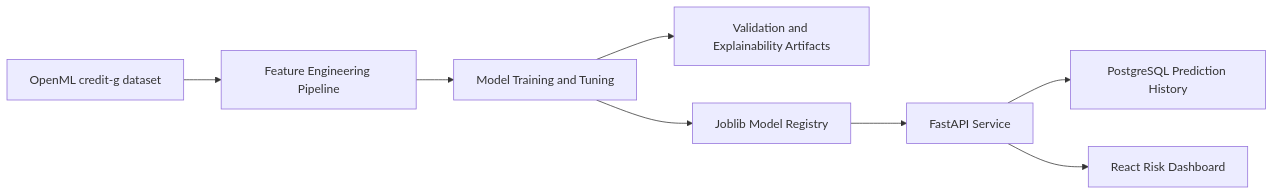
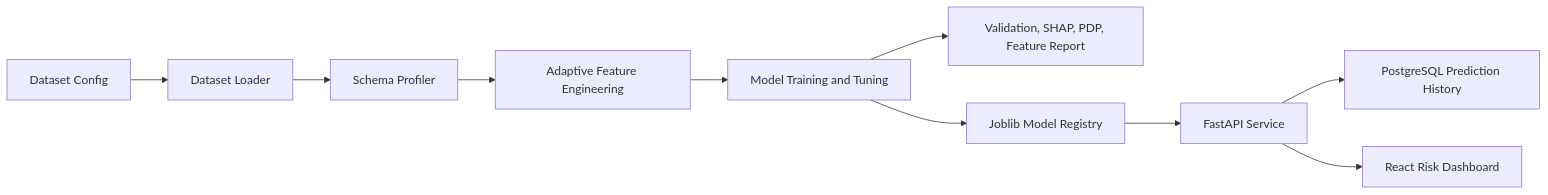
The diagram in README.md (AgrmRana/Credit-Risk), drawn with Mermaid before and after one commit. The commit also changed other lines of this file and 23 other files, not shown here.

Commit message:
Refactor feature pipeline for configurable datasets

````diff
--- a/README.md
+++ b/README.md
@@ -11,10 +11,12 @@
 ```mermaid
 flowchart LR
-    A["OpenML credit-g dataset"] --> B["Feature Engineering Pipeline"]
-    B --> C["Model Training and Tuning"]
-    C --> D["Validation and Explainability Artifacts"]
-    C --> E["Joblib Model Registry"]
-    E --> F["FastAPI Service"]
-    F --> G["PostgreSQL Prediction History"]
-    F --> H["React Risk Dashboard"]
+    A["Dataset Config"] --> B["Dataset Loader"]
+    B --> C["Schema Profiler"]
+    C --> D["Adaptive Feature Engineering"]
+    D --> E["Model Training and Tuning"]
+    E --> F["Validation, SHAP, PDP, Feature Report"]
+    E --> G["Joblib Model Registry"]
+    G --> H["FastAPI Service"]
+    H --> I["PostgreSQL Prediction History"]
+    H --> J["React Risk Dashboard"]
 ```
````
